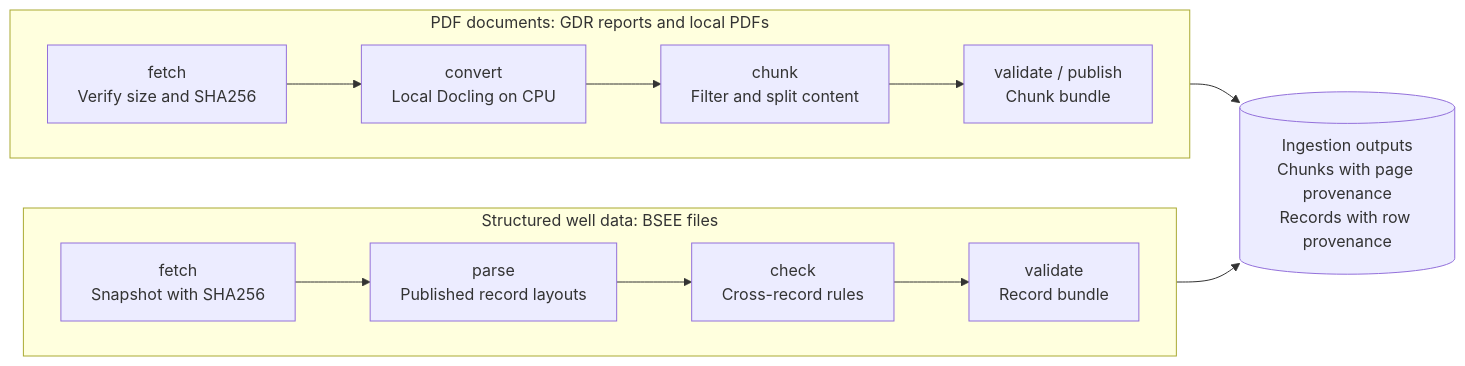
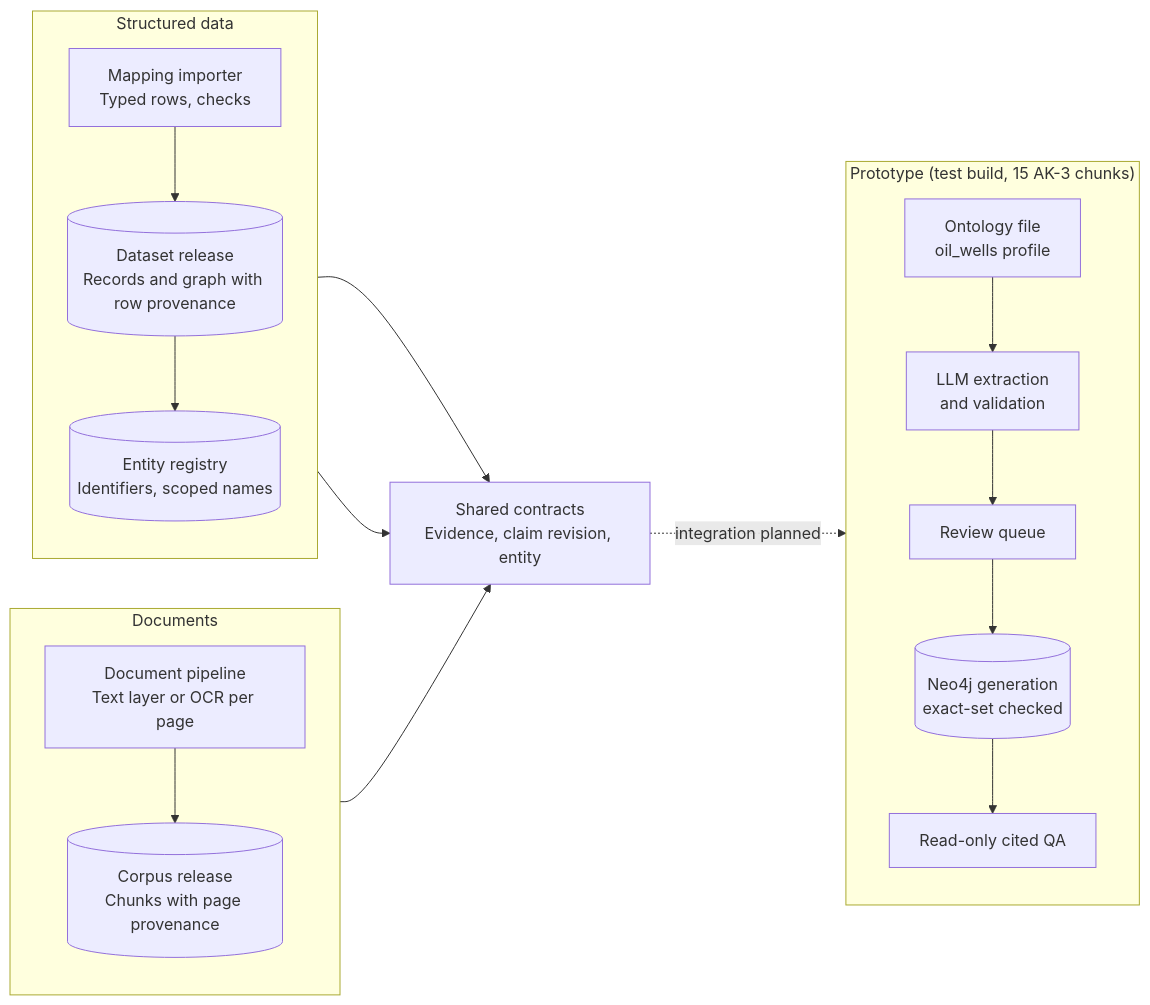
One commit to thaitri2005/Secure-O-G-LLM-and-Knowledge-Graph changed the second of 7 diagrams in docs/PROJECT_DESIGN.md. Above: the diagram before and after it, drawn with Mermaid. The commit also changed other lines of this file and 13 other files, not shown here.

First line of the commit message:
Bring all docs, diagrams and the report up to date with E10-E13

````diff
--- a/docs/PROJECT_DESIGN.md
+++ b/docs/PROJECT_DESIGN.md
@@ -241,17 +266,22 @@
 ```mermaid
 flowchart LR
-    subgraph PDF["PDF documents: GDR reports and local PDFs"]
-        direction LR
-        R["fetch<br/>Verify size and SHA256"] --> C["convert<br/>Local Docling on CPU"]
-        C --> H["chunk<br/>Filter and split content"]
-        H --> V["validate / publish<br/>Chunk bundle"]
+    subgraph DOCS["Documents"]
+        direction TB
+        D1["Document pipeline<br/>Text layer or OCR per page"] --> D2[("Corpus release<br/>Chunks with page provenance")]
     end
-    subgraph DATA["Structured well data: BSEE files"]
-        direction LR
-        DF["fetch<br/>Snapshot with SHA256"] --> DP["parse<br/>Published record layouts"]
-        DP --> DC["check<br/>Cross-record rules"]
-        DC --> DB["validate<br/>Record bundle"]
+    subgraph DATA["Structured data"]
+        direction TB
+        S1["Mapping importer<br/>Typed rows, checks"] --> S2[("Dataset release<br/>Records and graph with row provenance")]
+        S2 --> S3[("Entity registry<br/>Identifiers, scoped names")]
     end
-    PDF --> OUT[("Ingestion outputs<br/>Chunks with page provenance<br/>Records with row provenance")]
-    DATA --> OUT
+    D2 --> C["Shared contracts<br/>Evidence, claim revision, entity"]
+    S2 --> C
+    S3 --> C
+    subgraph PROTO["Prototype (test build, 15 AK-3 chunks)"]
+        direction TB
+        P0["Ontology file<br/>oil_wells profile"] --> P1["LLM extraction<br/>and validation"]
+        P1 --> P2["Review queue"] --> P3[("Neo4j generation<br/>exact-set checked")]
+        P3 --> P4["Read-only cited QA"]
+    end
+    C -. "integration planned" .-> PROTO
 ```
````
